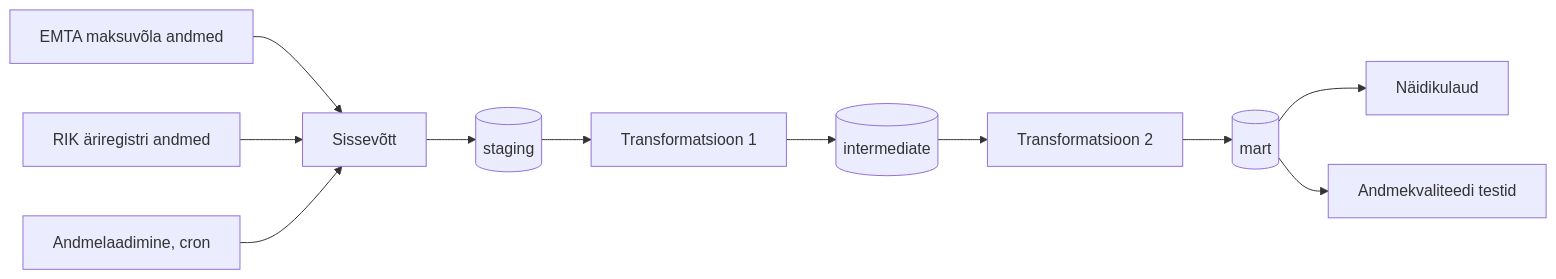
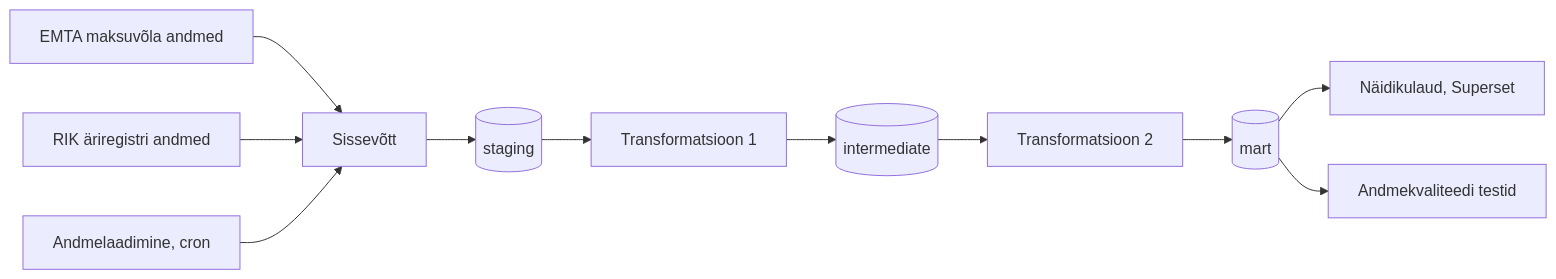
Before and after one commit to KulliPeed/Projektitoo_MREV: the first of 3 diagrams in docs/arhitektuur.md, drawn with Mermaid. The commit also changed other lines of this file, not shown here.

First line of the commit message:
Enhance architecture documentation and data flow diagrams

````diff
--- a/docs/arhitektuur.md
+++ b/docs/arhitektuur.md
@@ -30,18 +27,18 @@
 ```mermaid
 flowchart LR
     source1[EMTA maksuvõla andmed] --> ingest[Sissevõtt]
     source2[RIK äriregistri andmed] --> ingest
 
     ingest --> staging[(staging)]
     staging --> transform1[Transformatsioon 1]
 
     transform1 --> intermediate[(intermediate)]
     intermediate --> transform2[Transformatsioon 2]
 
     transform2 --> mart[(mart)]
 
-    mart --> dashboard[Näidikulaud]
+    mart --> dashboard[Näidikulaud, Superset]
     mart --> quality[Andmekvaliteedi testid]
 
     scheduler[Andmelaadimine, cron] --> ingest
 ```
````
